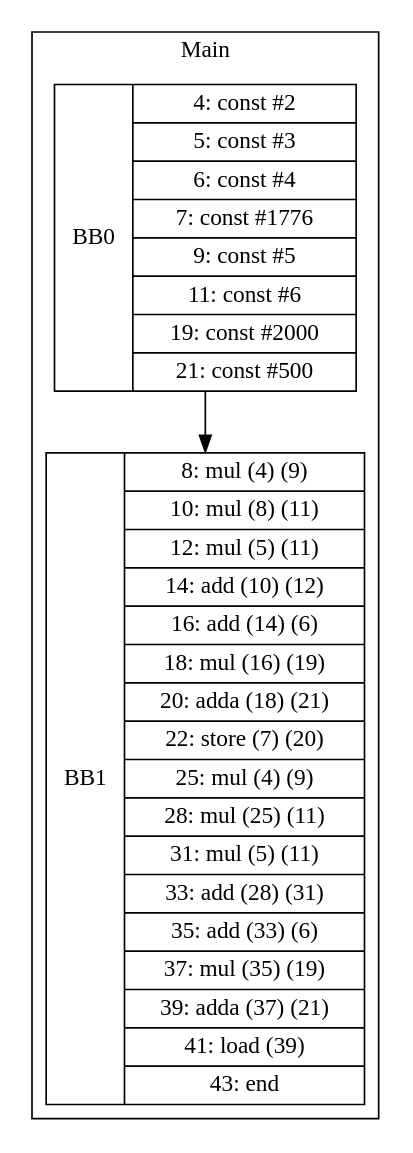
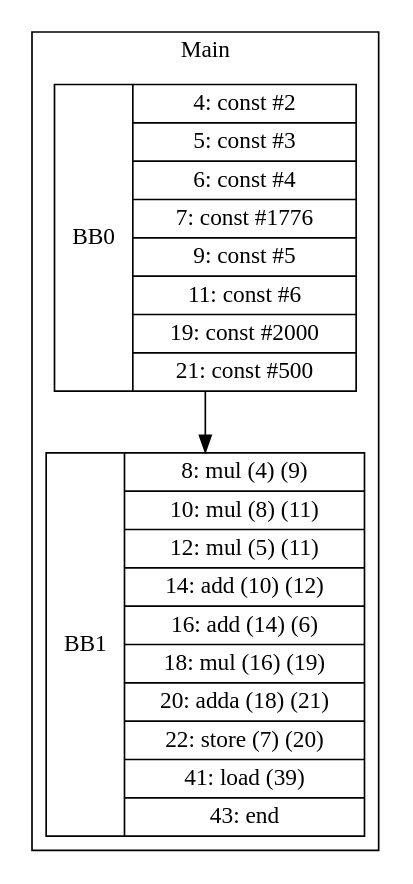
The diagram in visualization/jmcgowa/Array3_3.gv (zjc664656505/UCI-CS241-Advanced-Compiler-main), drawn with Graphviz before and after one commit. The commit also changed 28 other files, not shown here.

```diff
--- a/visualization/jmcgowa/Array3_3.gv
+++ b/visualization/jmcgowa/Array3_3.gv
@@ -1,9 +1,9 @@
 digraph G {
 node [shape=record];
 subgraph cluster_main{
 label = "Main";
 BB0 [shape=record, label="<b>BB0|{4: const #2|5: const #3|6: const #4|7: const #1776|9: const #5|11: const #6|19: const #2000|21: const #500}"];
-BB1 [shape=record, label="<b>BB1|{8: mul (4) (9)|10: mul (8) (11)|12: mul (5) (11)|14: add (10) (12)|16: add (14) (6)|18: mul (16) (19)|20: adda (18) (21)|22: store (7) (20)|25: mul (4) (9)|28: mul (25) (11)|31: mul (5) (11)|33: add (28) (31)|35: add (33) (6)|37: mul (35) (19)|39: adda (37) (21)|41: load (39)|43: end}"];
+BB1 [shape=record, label="<b>BB1|{8: mul (4) (9)|10: mul (8) (11)|12: mul (5) (11)|14: add (10) (12)|16: add (14) (6)|18: mul (16) (19)|20: adda (18) (21)|22: store (7) (20)|41: load (39)|43: end}"];
 }
 BB0:s -> BB1:n ;
 }
```
